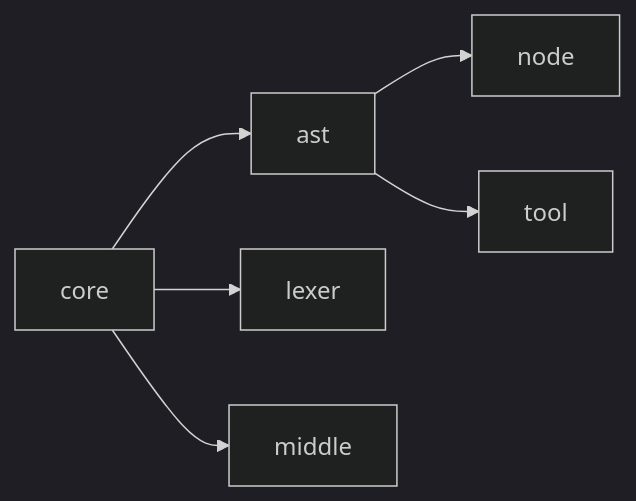
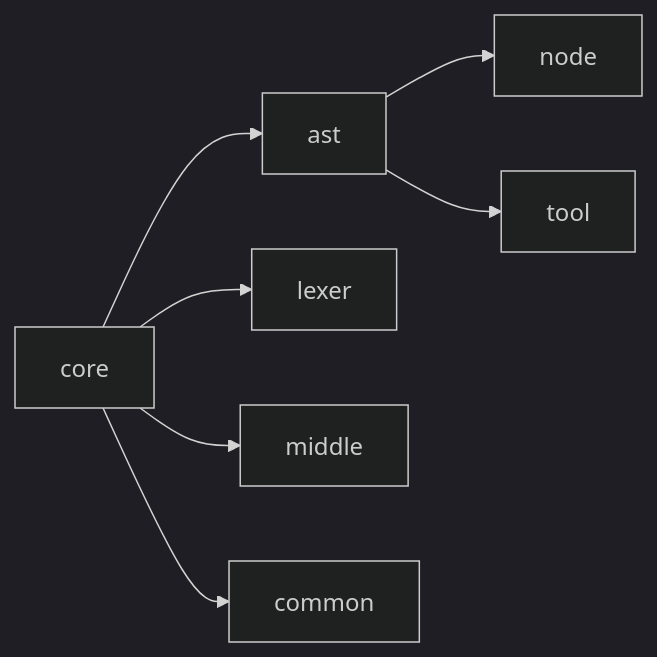
Before and after one commit to on-keyday/brgen: the diagram in web/doc/content/docs/src_core.md, drawn with Mermaid (dark theme). The commit also changed other lines of this file, not shown here.

````diff
--- a/web/doc/content/docs/src_core.md
+++ b/web/doc/content/docs/src_core.md
@@ -18,8 +20,9 @@
 ```mermaid
 flowchart LR
 core-->ast
 ast-->node
 ast-->tool
 core-->lexer
 core-->middle
+core-->common
 ```
````
